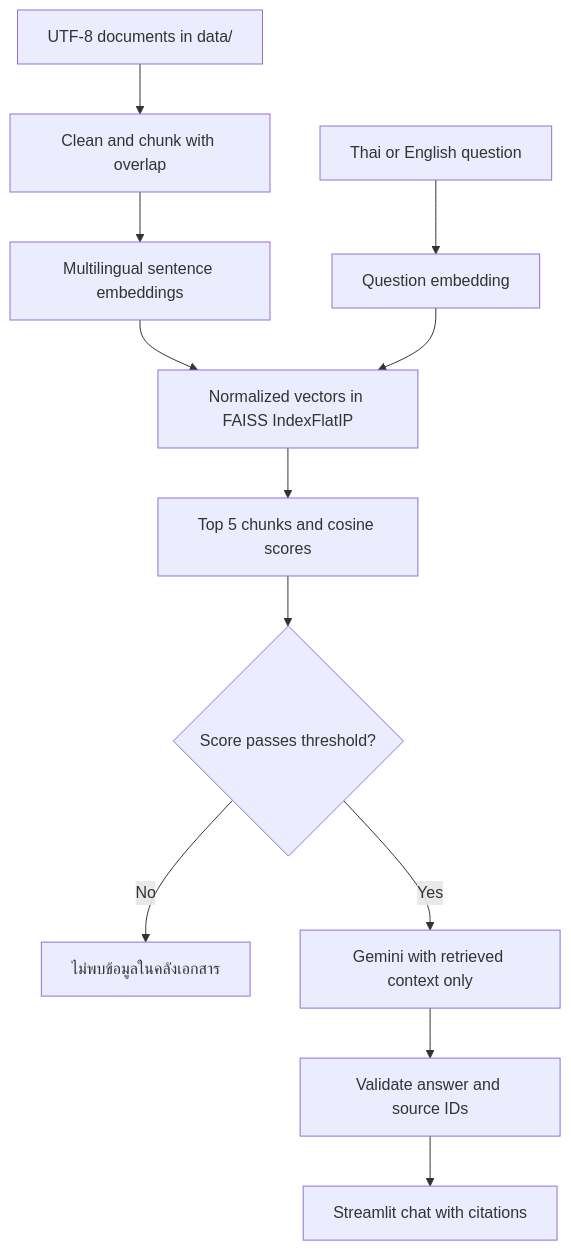
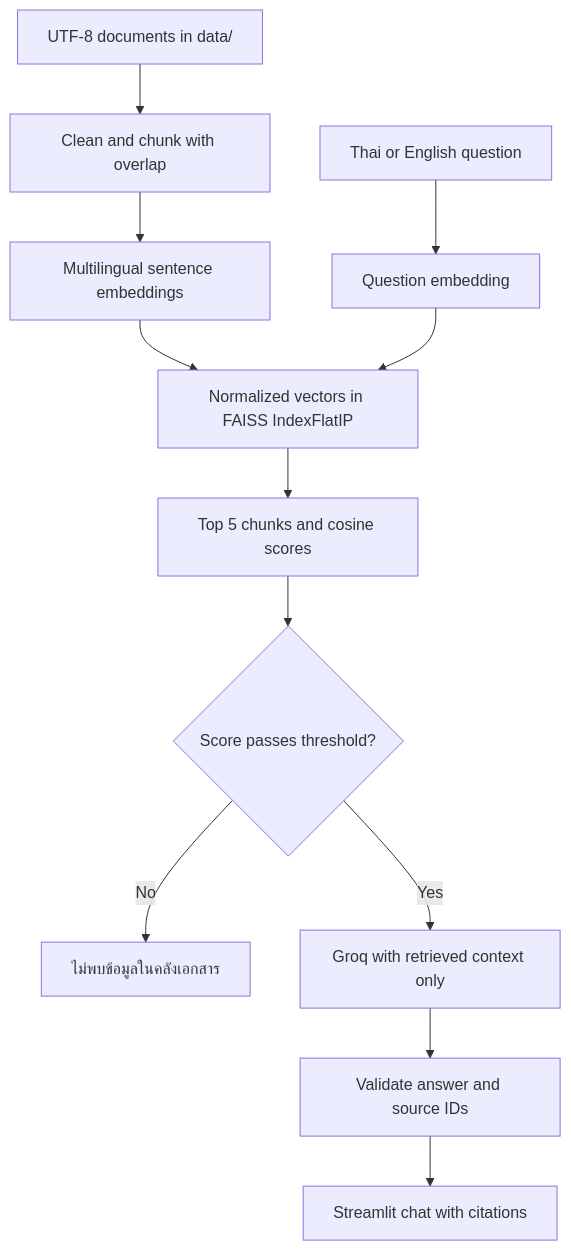
One commit to FlukeNoppanan/Network-Troubleshooting-RAG-Assistant changed the diagram in README.md. Above: the diagram before and after it, drawn with Mermaid. The commit also changed other lines of this file and 18 other files, not shown here.

````diff
--- a/README.md
+++ b/README.md
@@ -7,14 +7,14 @@
 ```mermaid
 flowchart TD
   A[UTF-8 documents in data/] --> B[Clean and chunk with overlap]
   B --> C[Multilingual sentence embeddings]
   C --> D[Normalized vectors in FAISS IndexFlatIP]
   Q[Thai or English question] --> E[Question embedding]
   E --> D
   D --> F[Top 5 chunks and cosine scores]
   F --> G{Score passes threshold?}
   G -->|No| H[ไม่พบข้อมูลในคลังเอกสาร]
-  G -->|Yes| I[Gemini with retrieved context only]
+  G -->|Yes| I[Groq with retrieved context only]
   I --> J[Validate answer and source IDs]
   J --> K[Streamlit chat with citations]
 ```
````
